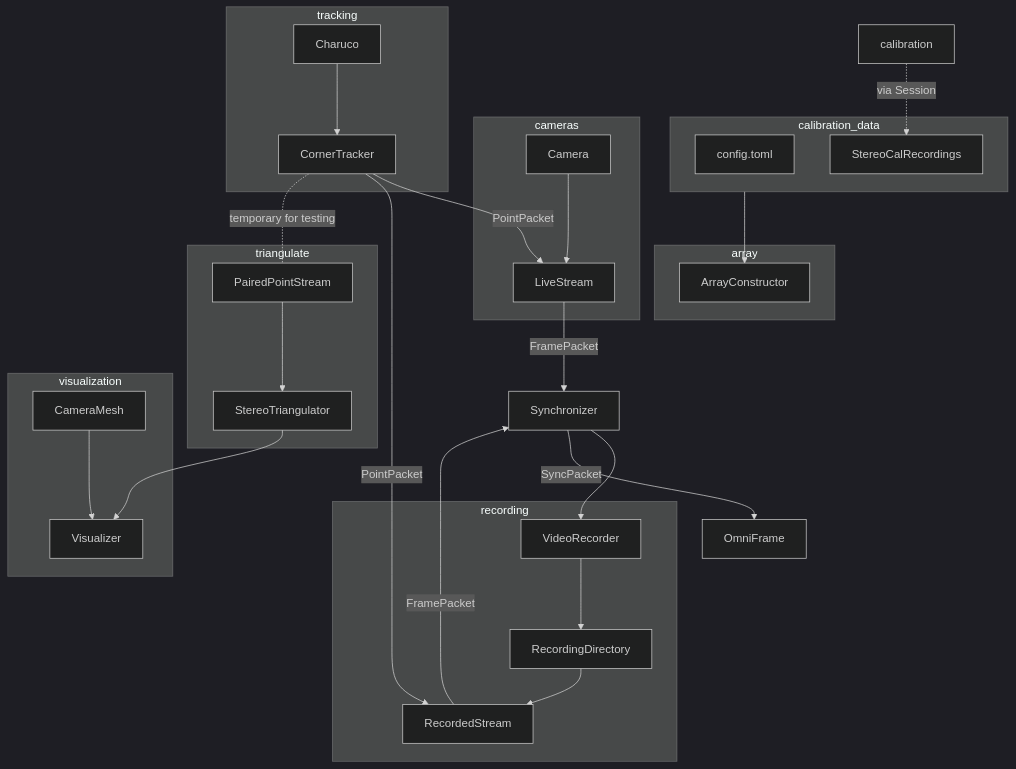
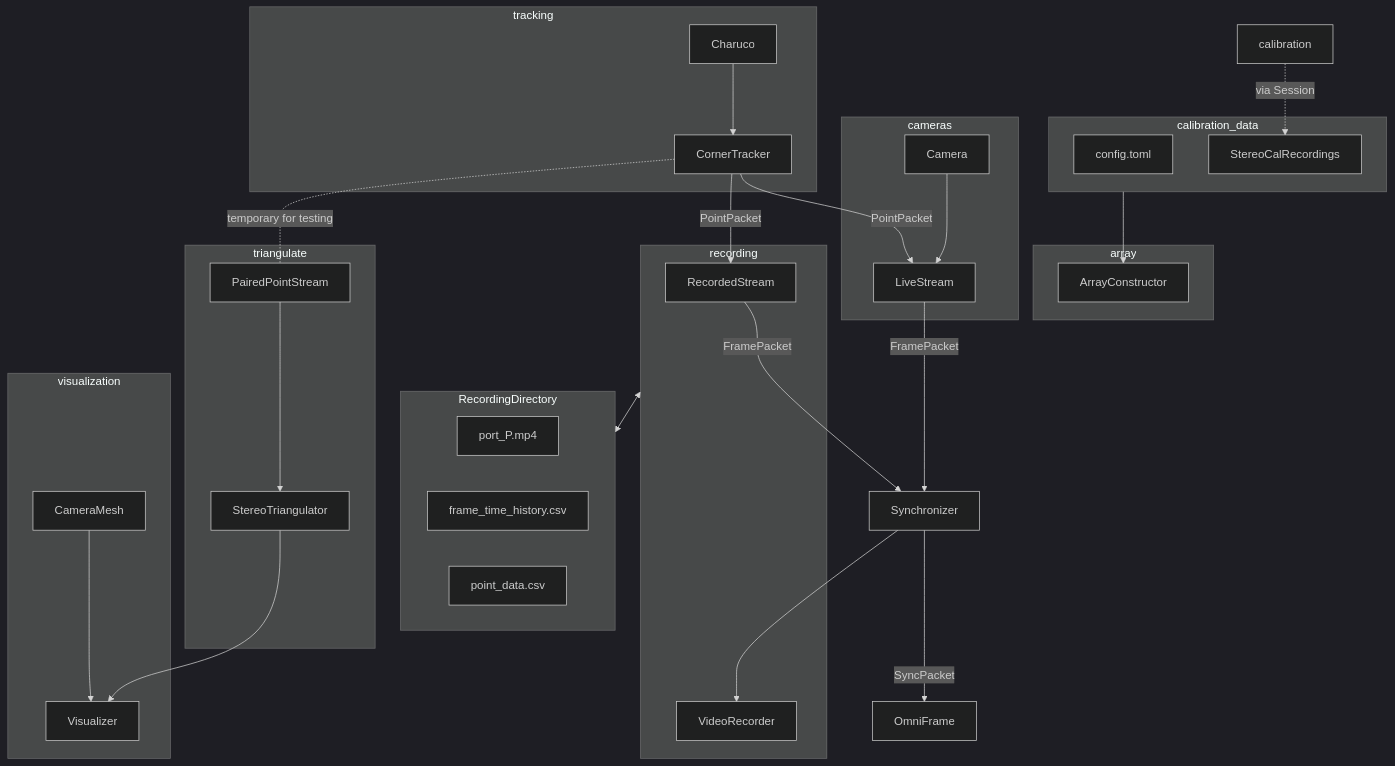
The diagram in README.md (mprib/caliscope), drawn with Mermaid (dark theme) before and after one commit. The commit also changed other lines of this file, not shown here.

Commit message:
update readme with roadmap

````diff
--- a/README.md
+++ b/README.md
@@ -7,52 +9,60 @@
 ```mermaid
 graph TD
 
 
 LiveStream --FramePacket--> Synchronizer
 RecordedStream --FramePacket--> Synchronizer
 Synchronizer --> VideoRecorder
 
 subgraph cameras
 Camera --> LiveStream
 end
 subgraph tracking
 Charuco --> CornerTracker
 CornerTracker --PointPacket--> LiveStream
 end
 
-subgraph recording
-VideoRecorder --> RecordingDirectory
-RecordingDirectory --> RecordedStream
+
+Synchronizer --SyncPacket-->  OmniFrame
+recording <--> RecordingDirectory
+
+subgraph RecordingDirectory
+port_P.mp4
+frame_time_history.csv
+point_data.csv
 end
 
-Synchronizer --SyncPacket-->  OmniFrame
-
+subgraph recording
+VideoRecorder 
+RecordedStream
+end
 
 subgraph calibration_data
 config.toml
 StereoCalRecordings
 end
+
 
 CornerTracker --PointPacket--> RecordedStream
 
 calibration -.via Session.-> StereoCalRecordings
 calibration_data --> ArrayConstructor
 
 subgraph array
 ArrayConstructor
 end
 
 
 
 CornerTracker -.temporary for testing.- PairedPointStream
 
 subgraph triangulate
 PairedPointStream --> StereoTriangulator
 end
 
 subgraph visualization
 CameraMesh --> Visualizer
 StereoTriangulator --> Visualizer
 end
 
 ```
````
